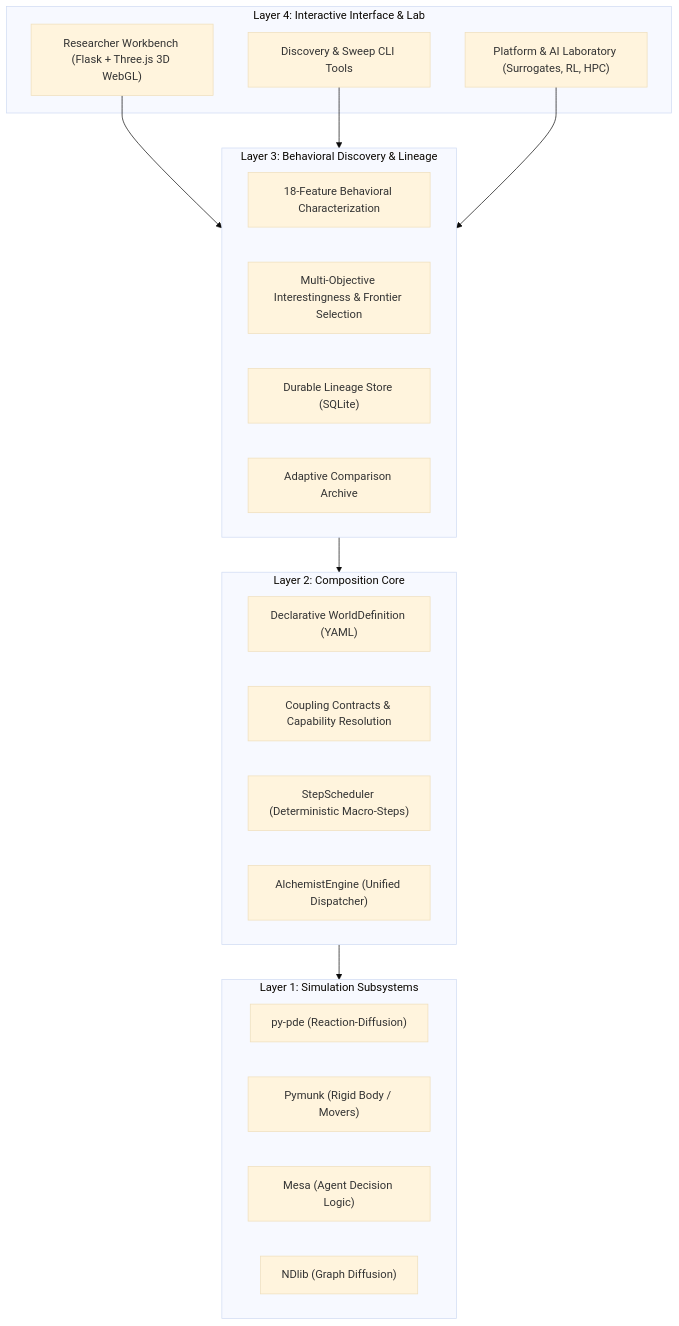
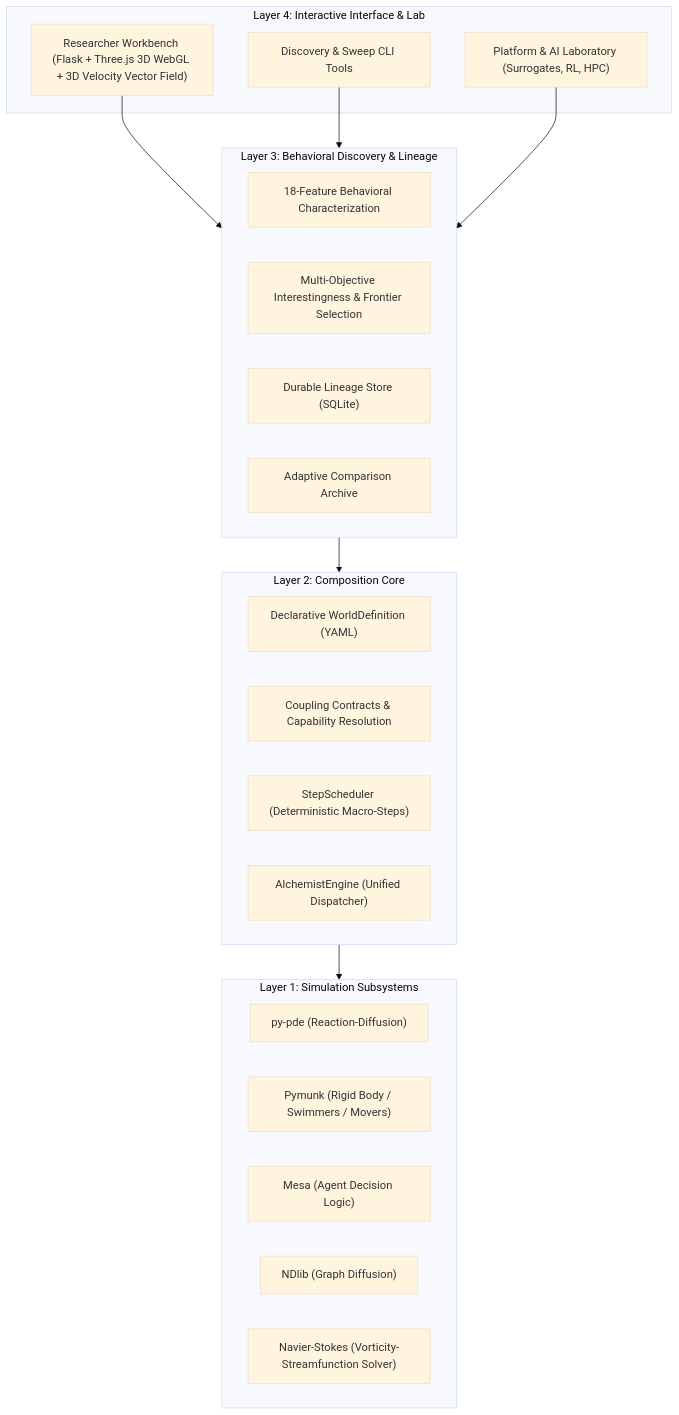
One commit to SakshamJ01/Simulation-Alchemist changed the diagram in README.md. Above: the diagram before and after it, drawn with Mermaid (base theme). The commit also changed other lines of this file and 14 other files, not shown here.

Commit message:
Implement Experiment E: Fluid-Structure Active Matter with 3D vector field visualization

````diff
--- a/README.md
+++ b/README.md
@@ -82,35 +87,36 @@
 ```mermaid
 graph TD
     subgraph UI ["Layer 4: Interactive Interface & Lab"]
-        WB["Researcher Workbench (Flask + Three.js 3D WebGL)"]
+        WB["Researcher Workbench (Flask + Three.js 3D WebGL + 3D Velocity Vector Field)"]
         CLI["Discovery & Sweep CLI Tools"]
         AI["Platform & AI Laboratory (Surrogates, RL, HPC)"]
     end
 
     subgraph Discovery ["Layer 3: Behavioral Discovery & Lineage"]
         Features["18-Feature Behavioral Characterization"]
         Profiles["Multi-Objective Interestingness & Frontier Selection"]
         Lineage["Durable Lineage Store (SQLite)"]
         Archive["Adaptive Comparison Archive"]
     end
 
     subgraph Core ["Layer 2: Composition Core"]
         World["Declarative WorldDefinition (YAML)"]
         Contracts["Coupling Contracts & Capability Resolution"]
         Scheduler["StepScheduler (Deterministic Macro-Steps)"]
         Engine["AlchemistEngine (Unified Dispatcher)"]
     end
 
     subgraph Physics ["Layer 1: Simulation Subsystems"]
         PDE["py-pde (Reaction-Diffusion)"]
-        Physics2D["Pymunk (Rigid Body / Movers)"]
+        Physics2D["Pymunk (Rigid Body / Swimmers / Movers)"]
         Agents["Mesa (Agent Decision Logic)"]
         Network["NDlib (Graph Diffusion)"]
+        Fluid["Navier-Stokes (Vorticity-Streamfunction Solver)"]
     end
 
     WB --> Discovery
     CLI --> Discovery
     AI --> Discovery
     Discovery --> Core
     Core --> Physics
 ```
````
